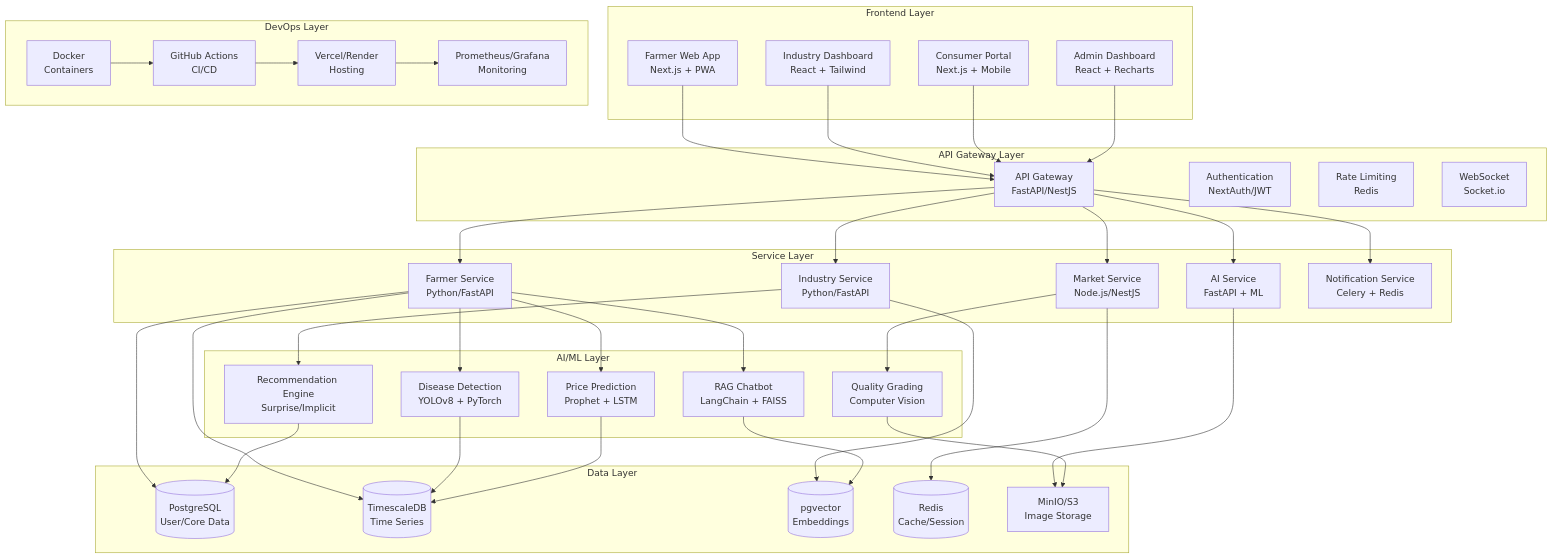
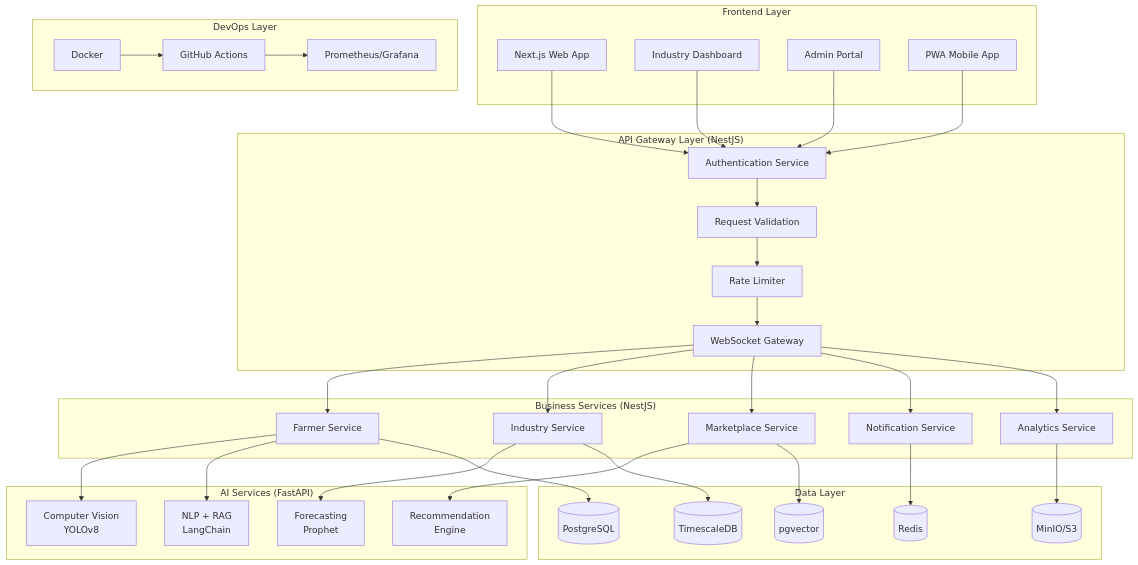
The third of 9 diagrams in README.md (TsegayIS122123/agronexus-ai), drawn with Mermaid before and after one commit. The commit also changed other lines of this file and 2 other files, not shown here.

````diff
--- a/README.md
+++ b/README.md
@@ -230,80 +174,74 @@
 ```mermaid
-graph TB
-    subgraph "Frontend Layer"
-        A1["Farmer Web App<br/>Next.js + PWA"]
-        A2["Industry Dashboard<br/>React + Tailwind"]
-        A3["Consumer Portal<br/>Next.js + Mobile"]
-        A4["Admin Dashboard<br/>React + Recharts"]
+flowchart TB
+    subgraph Frontend["Frontend Layer"]
+        WEB["Next.js Web App"]
+        DASH["Industry Dashboard"]
+        ADMIN["Admin Portal"]
+        MOBILE["PWA Mobile App"]
     end
+
+    subgraph Gateway["API Gateway Layer (NestJS)"]
+        AUTH["Authentication Service"]
+        RATE["Rate Limiter"]
+        WS["WebSocket Gateway"]
+        VALID["Request Validation"]
+    end
+
+    subgraph Services["Business Services (NestJS)"]
+        FARM["Farmer Service"]
+        INDUSTRY["Industry Service"]
+        MARKET["Marketplace Service"]
+        NOTIFY["Notification Service"]
+        ANALYTICS["Analytics Service"]
+    end
+
+    subgraph AI["AI Services (FastAPI)"]
+        VISION["Computer Vision<br/>YOLOv8"]
+        NLP["NLP + RAG<br/>LangChain"]
+        FORECAST["Forecasting<br/>Prophet"]
+        REC["Recommendation<br/>Engine"]
+    end
+
+    subgraph Data["Data Layer"]
+        PG[(PostgreSQL)]
+        TS[(TimescaleDB)]
+        VEC[(pgvector)]
+        CACHE[(Redis)]
+        S3[(MinIO/S3)]
+    end
+
+    subgraph DevOps["DevOps Layer"]
+        DOCKER["Docker"]
+        CI["GitHub Actions"]
+        MONITOR["Prometheus/Grafana"]
+    end
+
+    WEB --> AUTH
+    DASH --> AUTH
+    ADMIN --> AUTH
+    MOBILE --> AUTH
     
-    subgraph "API Gateway Layer"
-        B1["API Gateway<br/>FastAPI/NestJS"]
-        B2["Authentication<br/>NextAuth/JWT"]
-        B3["Rate Limiting<br/>Redis"]
-        B4["WebSocket<br/>Socket.io"]
-    end
+    AUTH --> VALID
+    VALID --> RATE
+    RATE --> WS
     
-    subgraph "Service Layer"
-        C1["Farmer Service<br/>Python/FastAPI"]
-        C2["Industry Service<br/>Python/FastAPI"]
-        C3["Market Service<br/>Node.js/NestJS"]
-        C4["AI Service<br/>FastAPI + ML"]
-        C5["Notification Service<br/>Celery + Redis"]
-    end
+    WS --> FARM
+    WS --> INDUSTRY
+    WS --> MARKET
+    WS --> NOTIFY
+    WS --> ANALYTICS
     
-    subgraph "AI/ML Layer"
-        D1["Disease Detection<br/>YOLOv8 + PyTorch"]
-        D2["RAG Chatbot<br/>LangChain + FAISS"]
-        D3["Price Prediction<br/>Prophet + LSTM"]
-        D4["Recommendation Engine<br/>Surprise/Implicit"]
-        D5["Quality Grading<br/>Computer Vision"]
-    end
+    FARM --> VISION
+    FARM --> NLP
+    INDUSTRY --> FORECAST
+    MARKET --> REC
     
-    subgraph "Data Layer"
-        E1[(PostgreSQL<br/>User/Core Data)]
-        E2[(TimescaleDB<br/>Time Series)]
-        E3[(pgvector<br/>Embeddings)]
-        E4[(Redis<br/>Cache/Session)]
-        E5[MinIO/S3<br/>Image Storage]
-    end
+    FARM --> PG
+    INDUSTRY --> TS
+    MARKET --> VEC
+    NOTIFY --> CACHE
+    ANALYTICS --> S3
     
-    subgraph "DevOps Layer"
-        F1[Docker<br/>Containers]
-        F2[GitHub Actions<br/>CI/CD]
-        F3[Vercel/Render<br/>Hosting]
-        F4[Prometheus/Grafana<br/>Monitoring]
-    end
-    
-    A1 --> B1
-    A2 --> B1
-    A3 --> B1
-    A4 --> B1
-    
-    B1 --> C1
-    B1 --> C2
-    B1 --> C3
-    B1 --> C4
-    B1 --> C5
-    
-    C1 --> D1
-    C1 --> D2
-    C1 --> D3
-    C2 --> D4
-    C3 --> D5
-    
-    C1 --> E1
-    C1 --> E2
-    C2 --> E3
-    C3 --> E4
-    C4 --> E5
-    
-    D1 --> E2
-    D2 --> E3
-    D3 --> E2
-    D4 --> E1
-    D5 --> E5
-    
-    F1 --> F2
-    F2 --> F3
-    F3 --> F4
+    DOCKER --> CI
+    CI --> MONITOR
 ```
````
